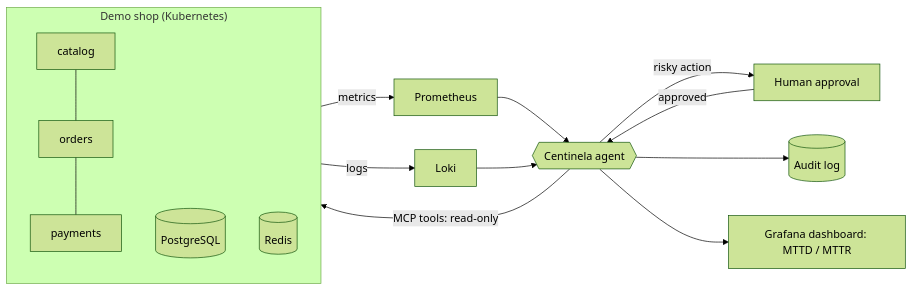
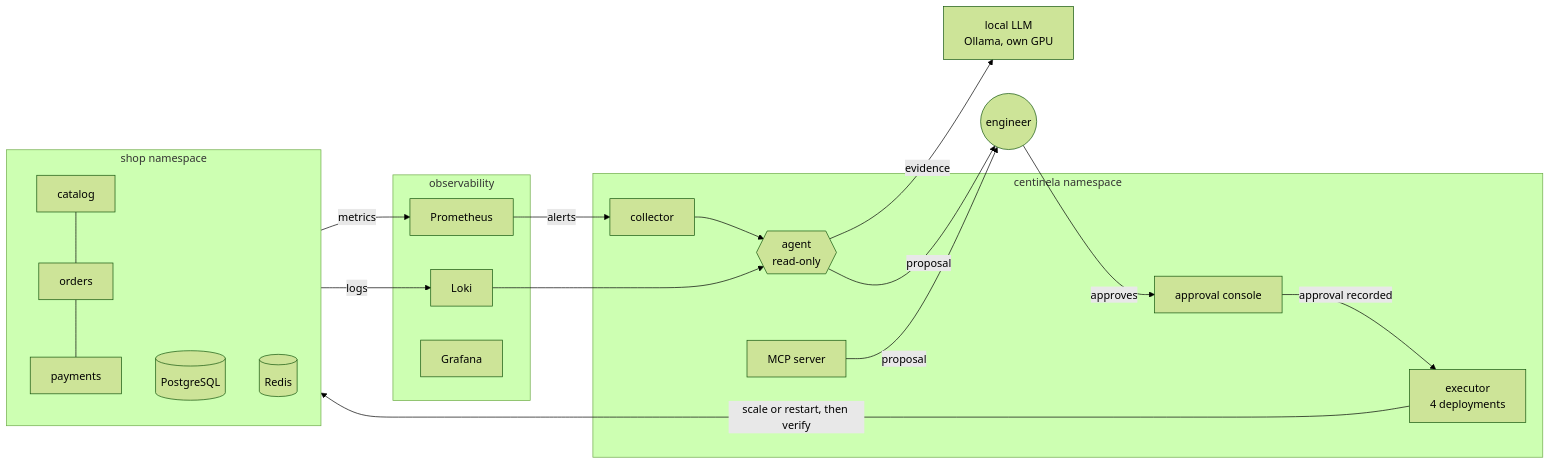
One commit to Fabricioanchundia/IA-CENTINELA changed the diagram in README.md. Above: the diagram before and after it, drawn with Mermaid (forest theme). The commit also changed other lines of this file and 7 other files, not shown here.

````diff
--- a/README.md
+++ b/README.md
@@ -16,17 +89,28 @@
 ```mermaid
 flowchart LR
-    subgraph App["Demo shop (Kubernetes)"]
+    subgraph Shop["shop namespace"]
         S1[catalog] --- S2[orders] --- S3[payments]
         DB[(PostgreSQL)]
         R[(Redis)]
     end
-    App -->|metrics| P[Prometheus]
-    App -->|logs| L[Loki]
-    P --> A{{Centinela agent}}
-    L --> A
-    A -->|MCP tools: read-only| App
-    A -->|risky action| H[Human approval]
-    H -->|approved| A
-    A --> AU[(Audit log)]
-    A --> G[Grafana dashboard: MTTD / MTTR]
+    subgraph Obs["observability"]
+        P[Prometheus]
+        L[Loki]
+        G[Grafana]
+    end
+    subgraph C["centinela namespace"]
+        CO[collector] --> AG{{agent<br/>read-only}}
+        EX[executor<br/>4 deployments]
+        MCP[MCP server]
+        CON[approval console]
+    end
+    Shop -->|metrics| P
+    Shop -->|logs| L
+    P -->|alerts| CO
+    L --> AG
+    AG -->|evidence| LLM[local LLM<br/>Ollama, own GPU]
+    AG -->|proposal| H((engineer))
+    MCP -->|proposal| H
+    H -->|approves| CON -->|approval recorded| EX
+    EX -->|scale or restart, then verify| Shop
 ```
````
